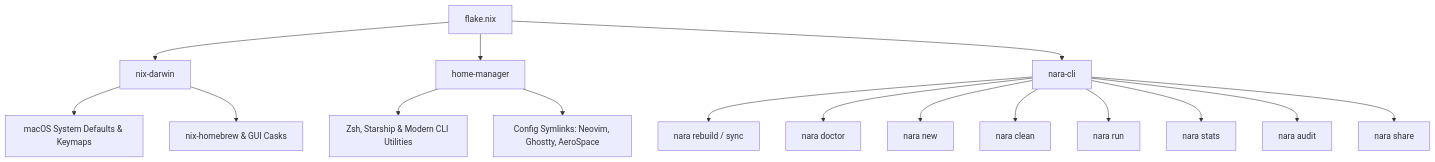
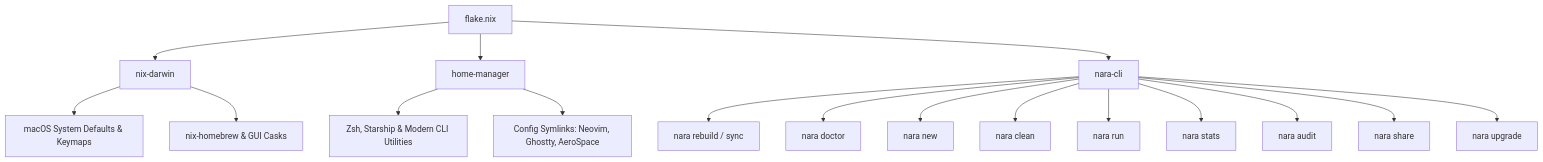
One commit to Aneeshie/dotfiles changed the diagram in README.md. Above: the diagram before and after it, drawn with Mermaid. The commit also changed other lines of this file and 5 other files, not shown here.

````diff
--- a/README.md
+++ b/README.md
@@ -43,21 +43,22 @@
 ```mermaid
 graph TD
     A[flake.nix] --> B[nix-darwin]
     A --> C[home-manager]
     A --> D[nara-cli]
 
     B --> E[macOS System Defaults & Keymaps]
     B --> F[nix-homebrew & GUI Casks]
 
     C --> G[Zsh, Starship & Modern CLI Utilities]
     C --> H[Config Symlinks: Neovim, Ghostty, AeroSpace]
 
     D --> I[nara rebuild / sync]
     D --> J[nara doctor]
     D --> K[nara new <app>]
     D --> L[nara clean]
     D --> M[nara run <pkg>]
     D --> N[nara stats]
     D --> O[nara audit]
     D --> P[nara share <file>]
+    D --> Q[nara upgrade]
 ```
````
